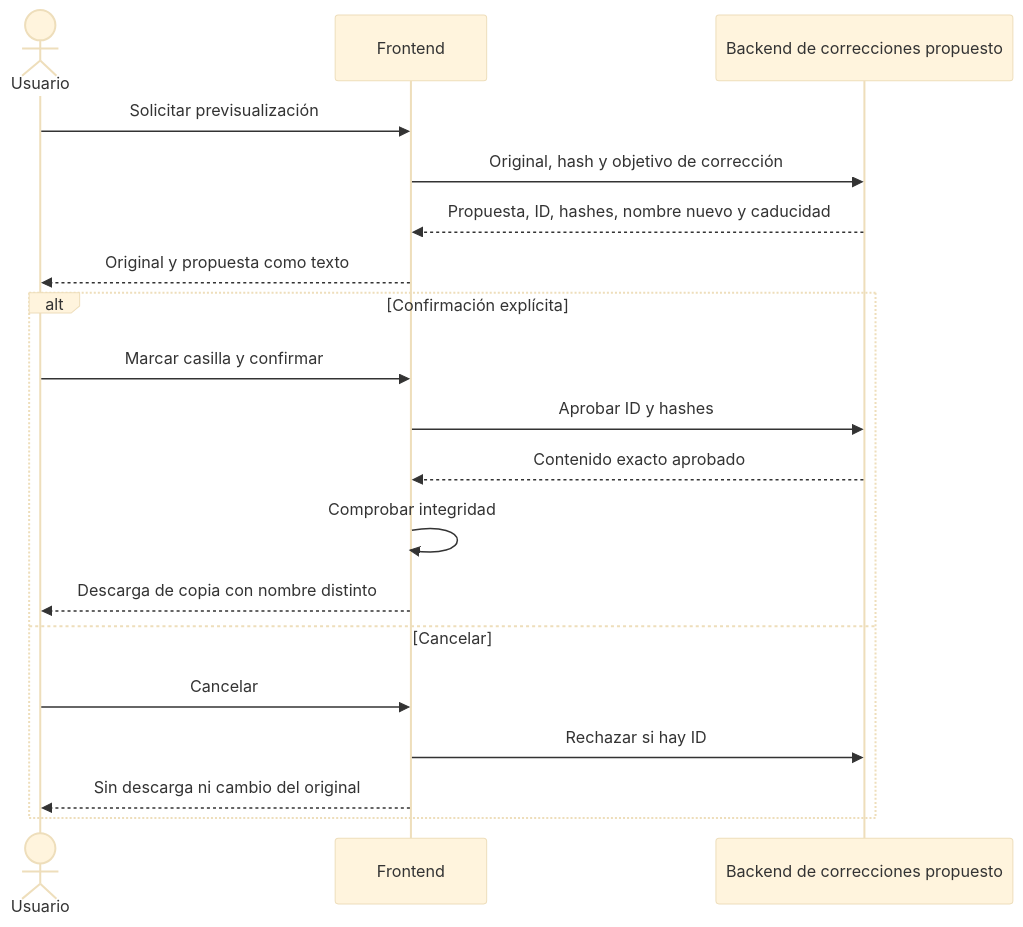
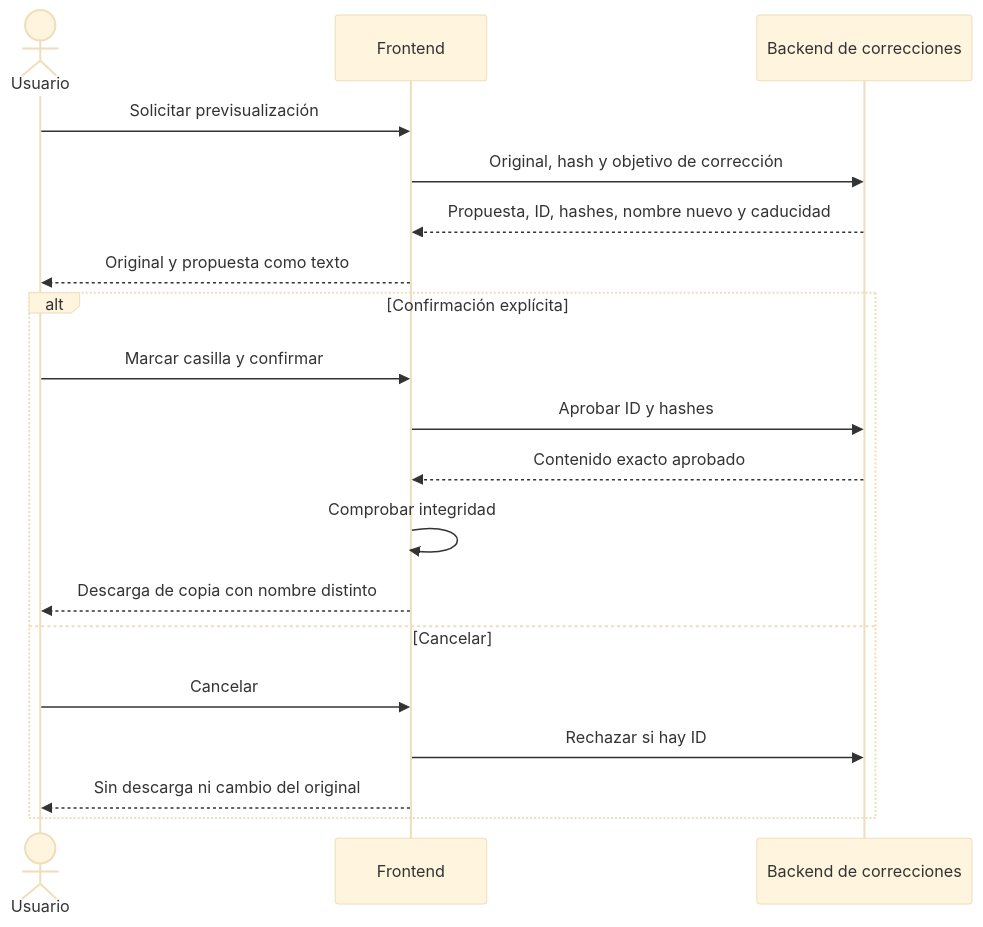
The first of 4 diagrams in docs/03-arquitectura.md (Christian-gv-01/revisor-inteligente-codigo), drawn with Mermaid (base theme) before and after one commit. The commit also changed other lines of this file and 3 other files, not shown here.

````diff
--- a/docs/03-arquitectura.md
+++ b/docs/03-arquitectura.md
@@ -10,21 +8,21 @@
 ```mermaid
 sequenceDiagram
     actor U as Usuario
     participant F as Frontend
-    participant B as Backend de correcciones propuesto
+    participant B as Backend de correcciones
     U->>F: Solicitar previsualización
     F->>B: Original, hash y objetivo de corrección
     B-->>F: Propuesta, ID, hashes, nombre nuevo y caducidad
     F-->>U: Original y propuesta como texto
     alt Confirmación explícita
         U->>F: Marcar casilla y confirmar
         F->>B: Aprobar ID y hashes
         B-->>F: Contenido exacto aprobado
         F->>F: Comprobar integridad
         F-->>U: Descarga de copia con nombre distinto
     else Cancelar
         U->>F: Cancelar
         F->>B: Rechazar si hay ID
         F-->>U: Sin descarga ni cambio del original
     end
 ```
````
